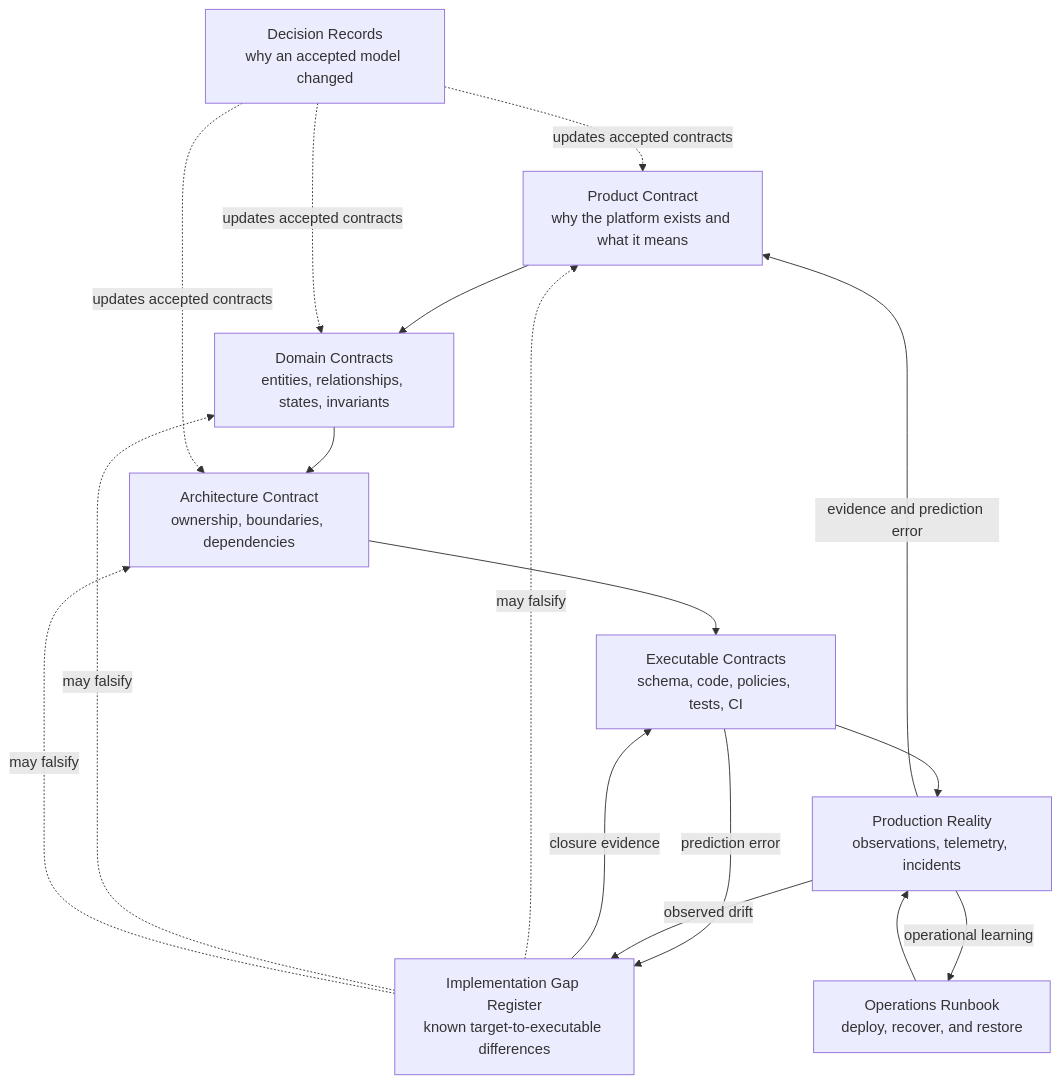
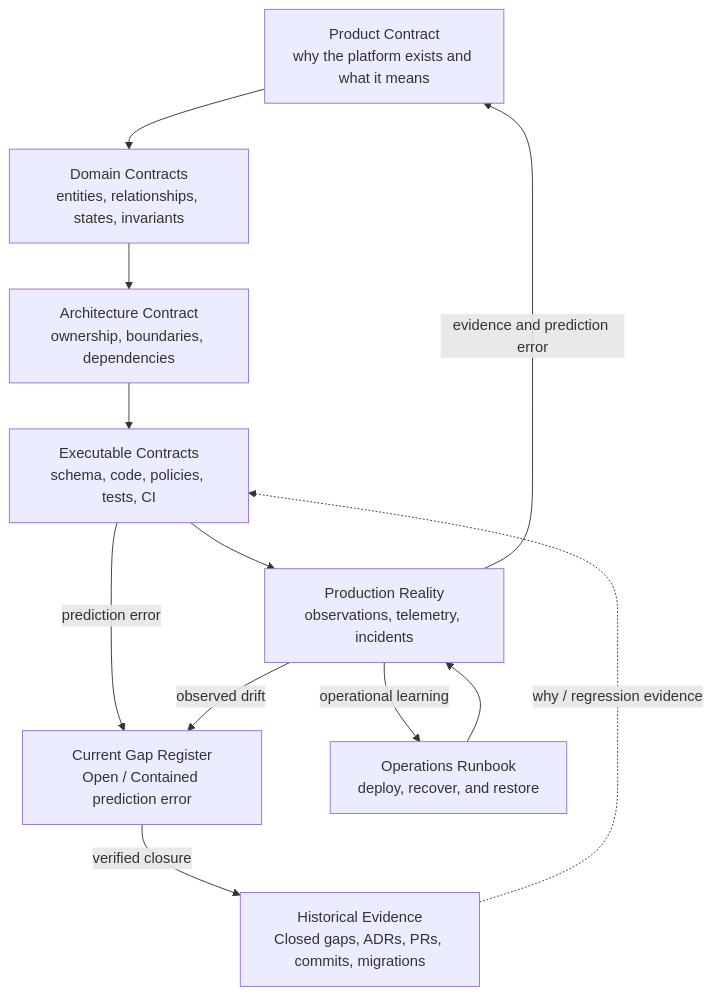
Before and after one commit to 963sup/No-Code-Collaboration-Platform: the diagram in docs/README.md, drawn with Mermaid. The commit also changed other lines of this file and 24 other files, not shown here.

````diff
--- a/docs/README.md
+++ b/docs/README.md
@@ -17,28 +18,23 @@
 ```mermaid
 flowchart TB
   product["Product Contract<br/>why the platform exists and what it means"]
   domain["Domain Contracts<br/>entities, relationships, states, invariants"]
   architecture["Architecture Contract<br/>ownership, boundaries, dependencies"]
   executable["Executable Contracts<br/>schema, code, policies, tests, CI"]
   production["Production Reality<br/>observations, telemetry, incidents"]
-  gaps["Implementation Gap Register<br/>known target-to-executable differences"]
-  adr["Decision Records<br/>why an accepted model changed"]
+  gaps["Current Gap Register<br/>Open / Contained prediction error"]
+  history["Historical Evidence<br/>Closed gaps, ADRs, PRs, commits, migrations"]
   runbook["Operations Runbook<br/>deploy, recover, and restore"]
 
   product --> domain
   domain --> architecture
   architecture --> executable
   executable --> production
   executable -->|"prediction error"| gaps
   production -->|"observed drift"| gaps
-  gaps -->|"closure evidence"| executable
-  gaps -.->|"may falsify"| product
-  gaps -.->|"may falsify"| domain
-  gaps -.->|"may falsify"| architecture
+  gaps -->|"verified closure"| history
+  history -.->|"why / regression evidence"| executable
   production -->|"evidence and prediction error"| product
-  adr -.->|"updates accepted contracts"| product
-  adr -.->|"updates accepted contracts"| domain
-  adr -.->|"updates accepted contracts"| architecture
   runbook --> production
   production -->|"operational learning"| runbook
 ```
````
